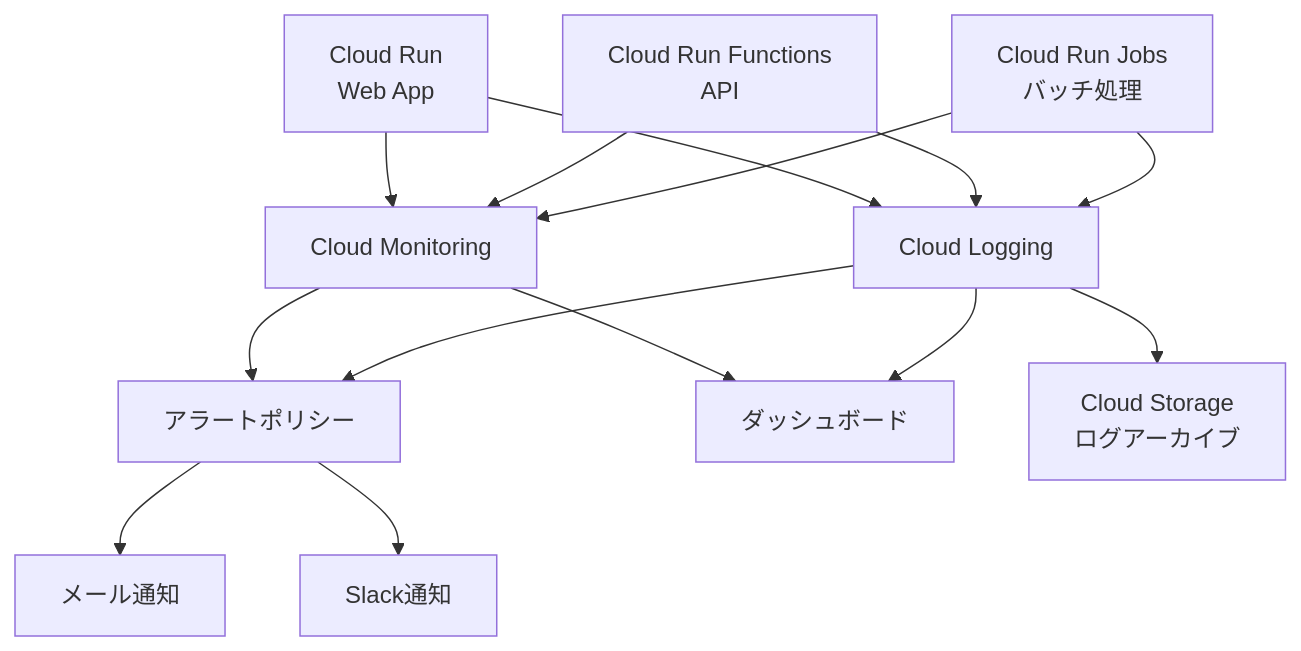
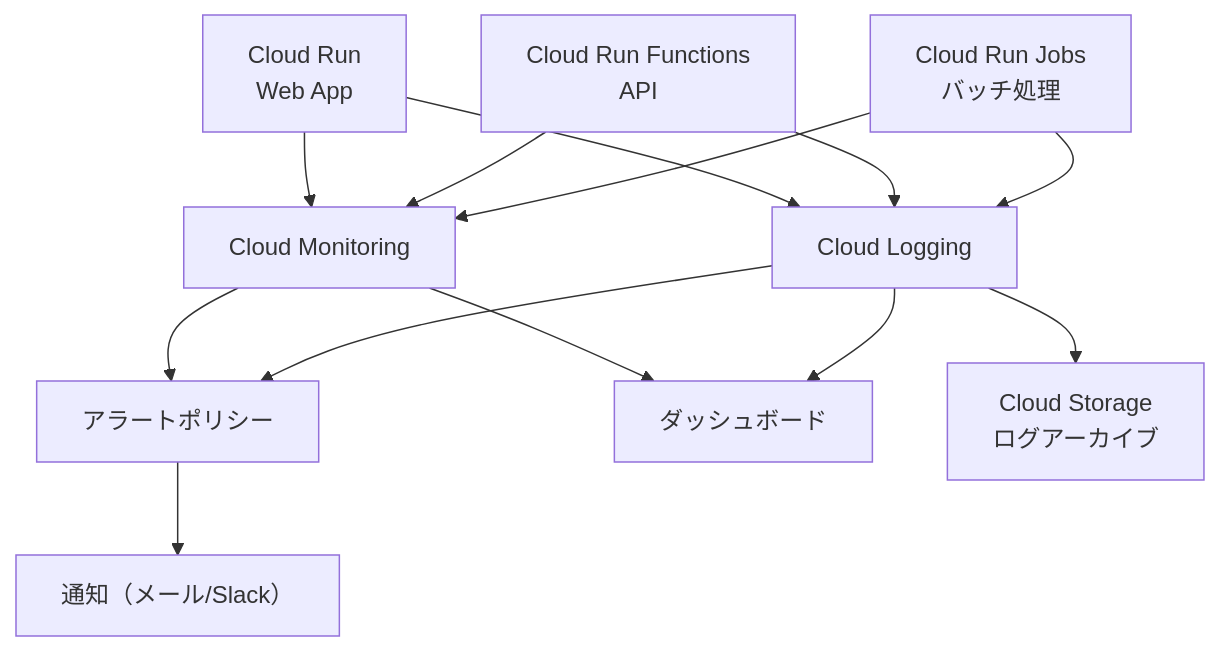
Before and after one commit to nothink-jp/suzumina.click: the diagram in docs/GCP_MONITORING.md, drawn with Mermaid. The commit also changed other lines of this file and 12 other files, not shown here.

````diff
--- a/docs/GCP_MONITORING.md
+++ b/docs/GCP_MONITORING.md
@@ -19,16 +9,15 @@
 ```mermaid
 flowchart TD
     A[Cloud Run\nWeb App] --> B[Cloud Monitoring]
     C[Cloud Run Functions\nAPI] --> B
     D[Cloud Run Jobs\nバッチ処理] --> B
     A --> E[Cloud Logging]
     C --> E
     D --> E
     B --> F[アラートポリシー]
     E --> F
     B --> G[ダッシュボード]
     E --> G
-    F --> H[メール通知]
-    F --> I[Slack通知]
+    F --> H[通知（メール/Slack）]
     E --> J[Cloud Storage\nログアーカイブ]
 ```
````
